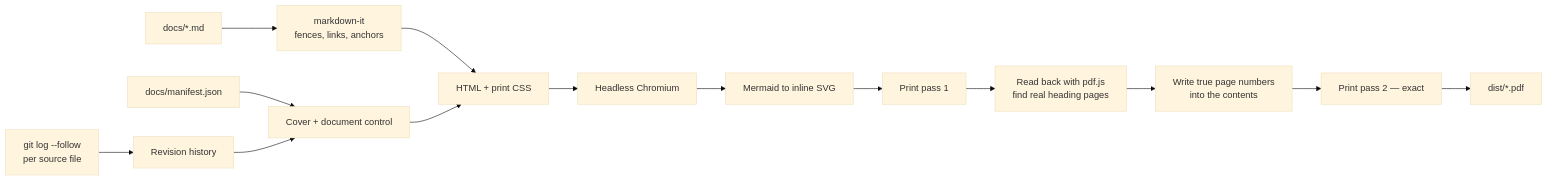
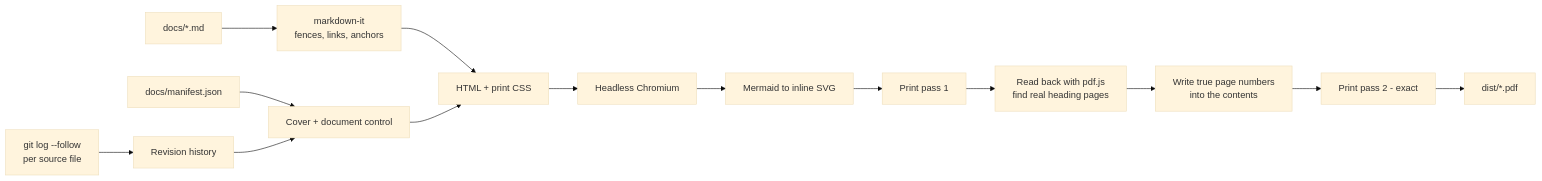
Before and after one commit to AbhiCollegeWork/thardeck: the diagram in build/README.md, drawn with Mermaid (base theme). The commit also changed other lines of this file and 23 other files, not shown here.

First line of the commit message:
Rename to Thar Deck, adopt house style, fix diagram rendering

````diff
--- a/build/README.md
+++ b/build/README.md
@@ -33,16 +33,16 @@
 ```mermaid
 flowchart LR
     MD["docs/*.md"] --> MDIT["markdown-it<br/>fences, links, anchors"]
     MAN["docs/manifest.json"] --> COVER["Cover + document control"]
     GIT["git log --follow<br/>per source file"] --> REV["Revision history"]
     REV --> COVER
     MDIT --> HTML["HTML + print CSS"]
     COVER --> HTML
     HTML --> CHROME["Headless Chromium"]
     CHROME --> MERM["Mermaid to inline SVG"]
     MERM --> P1["Print pass 1"]
     P1 --> READ["Read back with pdf.js<br/>find real heading pages"]
     READ --> FIX["Write true page numbers<br/>into the contents"]
-    FIX --> P2["Print pass 2 — exact"]
+    FIX --> P2["Print pass 2 - exact"]
     P2 --> PDF["dist/*.pdf"]
 ```
````
